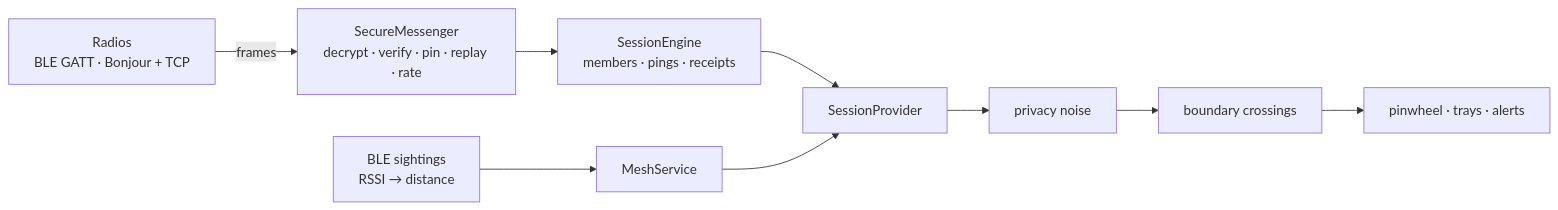
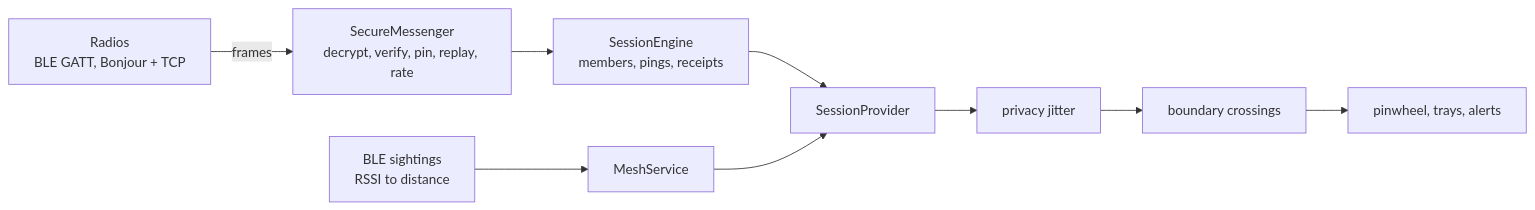
Before and after one commit to BEEKONTek/EchoPin: the diagram in README.md, drawn with Mermaid. The commit also changed other lines of this file and 30 other files, not shown here.

````diff
--- a/README.md
+++ b/README.md
@@ -67,9 +67,9 @@
 ```mermaid
 flowchart LR
-  R[Radios<br/>BLE GATT · Bonjour + TCP] -- frames --> SM[SecureMessenger<br/>decrypt · verify · pin · replay · rate]
-  SM --> SE[SessionEngine<br/>members · pings · receipts]
-  B[BLE sightings<br/>RSSI → distance] --> MS[MeshService]
+  R[Radios<br/>BLE GATT, Bonjour + TCP] -- frames --> SM[SecureMessenger<br/>decrypt, verify, pin, replay, rate]
+  SM --> SE[SessionEngine<br/>members, pings, receipts]
+  B[BLE sightings<br/>RSSI to distance] --> MS[MeshService]
   SE --> SP[SessionProvider]
   MS --> SP
-  SP --> N[privacy noise] --> X[boundary crossings] --> UI[pinwheel · trays · alerts]
+  SP --> N[privacy jitter] --> X[boundary crossings] --> UI[pinwheel, trays, alerts]
 ```
````
